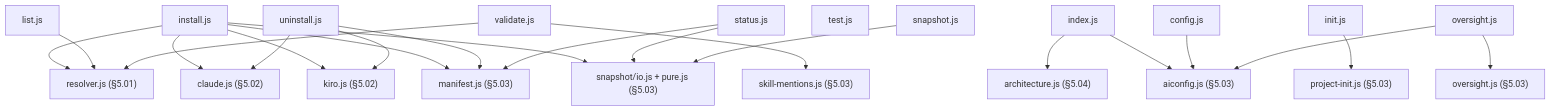
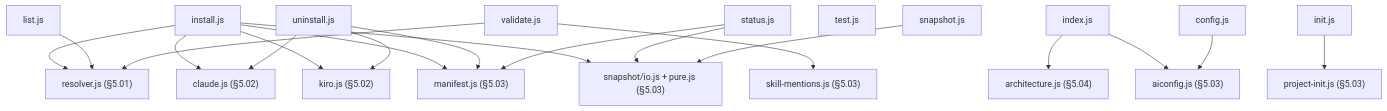
Before and after one commit to starvoxel/ai-foundation: the diagram in docs/architecture/05_05_command_layer.md, drawn with Mermaid. The commit also changed other lines of this file and 28 other files, not shown here.

````diff
--- a/docs/architecture/05_05_command_layer.md
+++ b/docs/architecture/05_05_command_layer.md
@@ -25,36 +24,33 @@
 ```mermaid
 graph TD
   Install["install.js"]
   Uninstall["uninstall.js"]
   Status["status.js"]
   List["list.js"]
   Validate["validate.js"]
   Test["test.js"]
   Snapshot["snapshot.js"]
   Index["index.js"]
   Init["init.js"]
   Config["config.js"]
-  Oversight["oversight.js"]
 
   Resolver["resolver.js (§5.01)"]
   SkillMentions["skill-mentions.js (§5.03)"]
   Manifest["manifest.js (§5.03)"]
   SnapLib["snapshot/io.js + pure.js (§5.03)"]
   Architecture["architecture.js (§5.04)"]
   AiConfig["aiconfig.js (§5.03)"]
-  OversightLib["oversight.js (§5.03)"]
   ProjInit["project-init.js (§5.03)"]
   Claude["claude.js (§5.02)"]
   Kiro["kiro.js (§5.02)"]
 
   Install --> Resolver & Claude & Kiro & Manifest & SnapLib
   Uninstall --> Manifest & Claude & Kiro
   Status --> Manifest & SnapLib
   List --> Resolver
   Validate --> Resolver & SkillMentions
   Snapshot --> SnapLib
   Index --> Architecture & AiConfig
   Init --> ProjInit
   Config --> AiConfig
-  Oversight --> AiConfig & OversightLib
 ```
````
